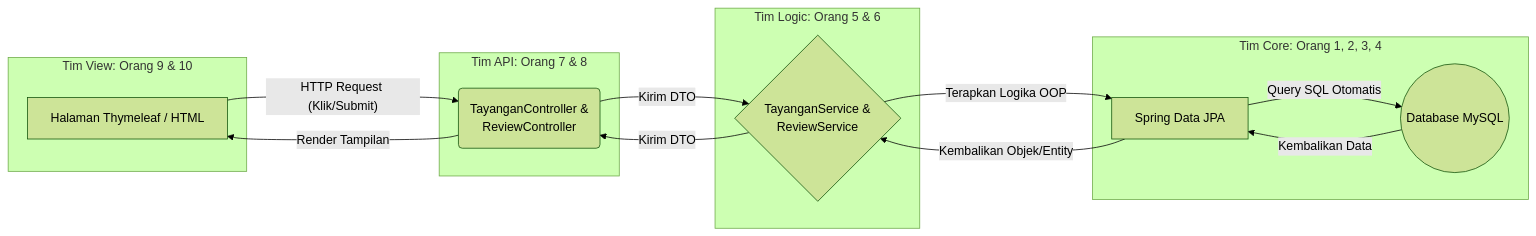
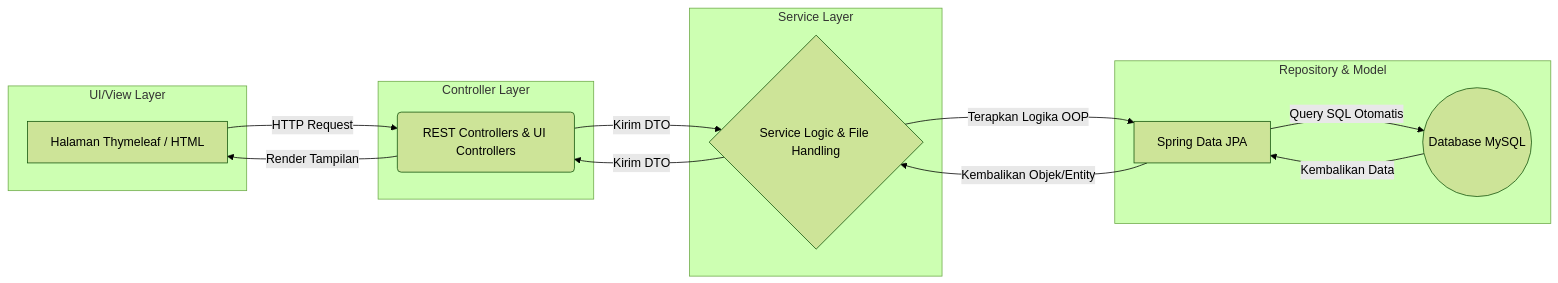
One commit to kemalzaki/AbsoluteCinema changed the first of 3 diagrams in README.md. Above: the diagram before and after it, drawn with Mermaid (forest theme). The commit also changed other lines of this file and 3 other files, not shown here.

````diff
--- a/README.md
+++ b/README.md
@@ -26,28 +37,28 @@
 ```mermaid
 graph LR
-    subgraph UI/View Layer [Tim View: Orang 9 & 10]
+    subgraph UI/View Layer
         A[Halaman Thymeleaf / HTML]
     end
 
-    subgraph Controller Layer [Tim API: Orang 7 & 8]
-        B(TayanganController & \n ReviewController)
+    subgraph Controller Layer
+        B(REST Controllers & UI Controllers)
     end
 
-    subgraph Service Layer [Tim Logic: Orang 5 & 6]
-        C{TayanganService & \n ReviewService}
+    subgraph Service Layer
+        C{Service Logic & File Handling}
     end
 
-    subgraph Repository & Model [Tim Core: Orang 1, 2, 3, 4]
+    subgraph Repository & Model
         D[Spring Data JPA]
         E((Database MySQL))
     end
 
-    A -- "HTTP Request (Klik/Submit)" --> B
+    A -- "HTTP Request" --> B
     B -- "Kirim DTO" --> C
     C -- "Terapkan Logika OOP" --> D
     D -- "Query SQL Otomatis" --> E
     E -- "Kembalikan Data" --> D
     D -- "Kembalikan Objek/Entity" --> C
     C -- "Kirim DTO" --> B
     B -- "Render Tampilan" --> A
 ```
````
